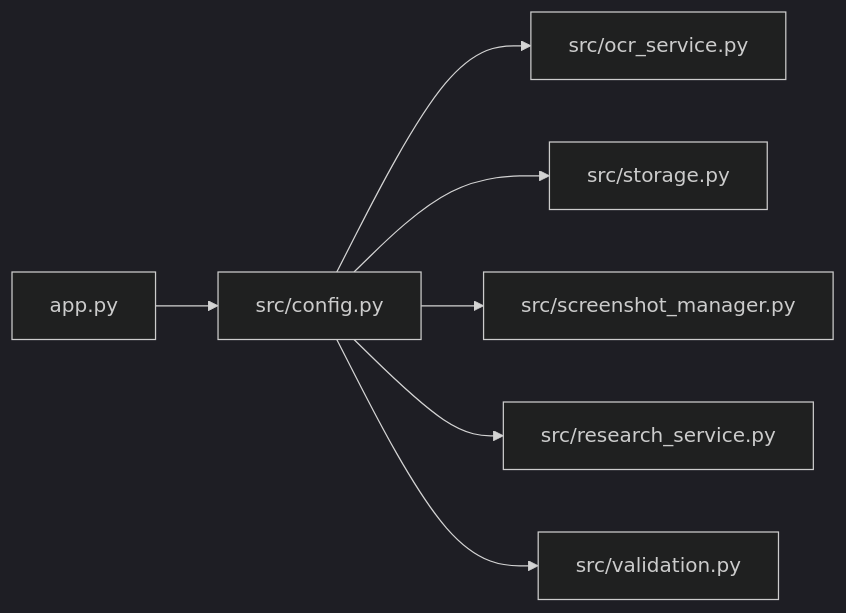
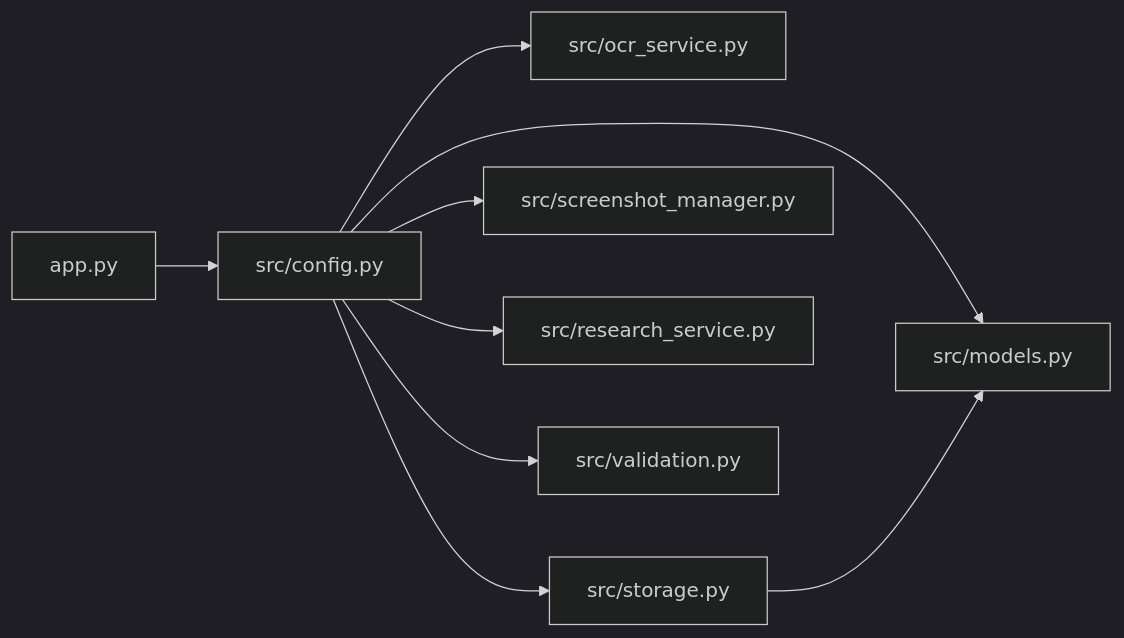
One commit to Johnny22056/SwimingStatus changed the fifth of 5 diagrams in .qoder/repowiki/en/content/Configuration Management.md. Above: the diagram before and after it, drawn with Mermaid (dark theme). The commit also changed other lines of this file and 4 other files, not shown here.

````diff
--- a/.qoder/repowiki/en/content/Configuration Management.md
+++ b/.qoder/repowiki/en/content/Configuration Management.md
@@ -276,16 +323,19 @@
 ```mermaid
 graph LR
 Config["src/config.py"]
 OCR["src/ocr_service.py"]
 Storage["src/storage.py"]
 Screenshots["src/screenshot_manager.py"]
 Research["src/research_service.py"]
 Validation["src/validation.py"]
+Models["src/models.py"]
 App["app.py"]
 Config --> OCR
 Config --> Storage
 Config --> Screenshots
 Config --> Research
 Config --> Validation
+Config --> Models
+Storage --> Models
 App --> Config
 ```
````
